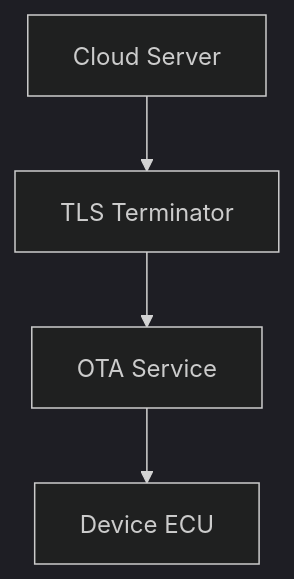
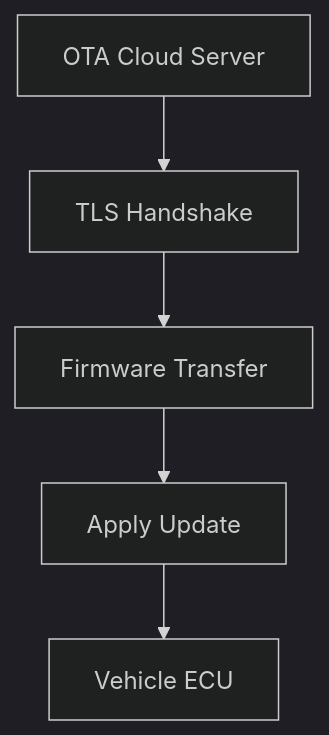
The first of 3 diagrams in outputs/02_protection-dos_doc.md (CagriCatik/Clarion), drawn with Mermaid (dark theme) before and after one commit. The commit also changed other lines of this file and 9 other files, not shown here.

````diff
--- a/outputs/02_protection-dos_doc.md
+++ b/outputs/02_protection-dos_doc.md
@@ -30,6 +9,9 @@
 ```mermaid
 graph TD
-    CloudServer["Cloud Server"] --> TLS_Terminator["TLS Terminator"]
-    TLS_Terminator --> OTAService["OTA Service"]
-    OTAService --> DeviceECU["Device ECU"]
+    CloudServer["OTA Cloud Server"]
+    TLSHandshake["TLS Handshake"]
+    FirmwareTransfer["Firmware Transfer"]
+    ApplyUpdate["Apply Update"]
+    ECU["Vehicle ECU"]
+    CloudServer --> TLSHandshake --> FirmwareTransfer --> ApplyUpdate --> ECU
 ```
````
